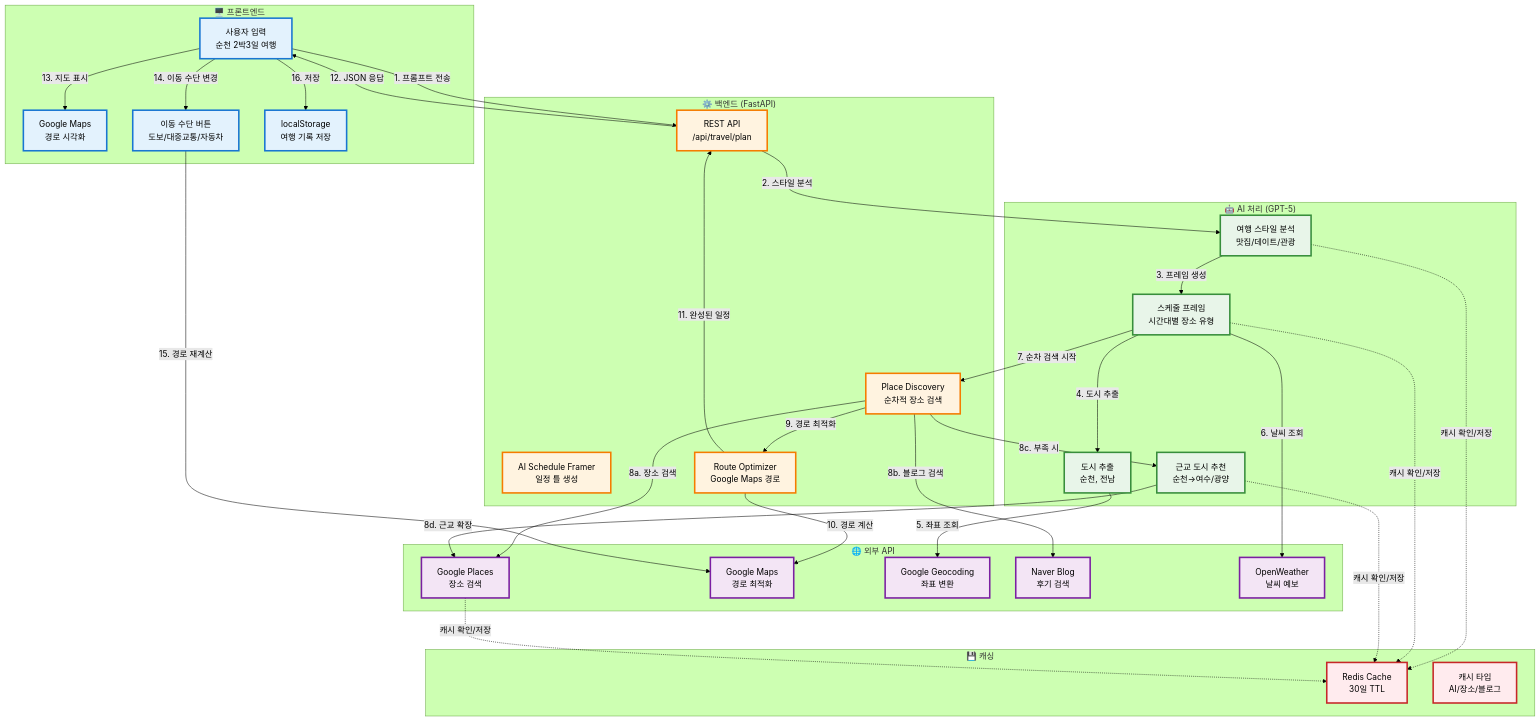
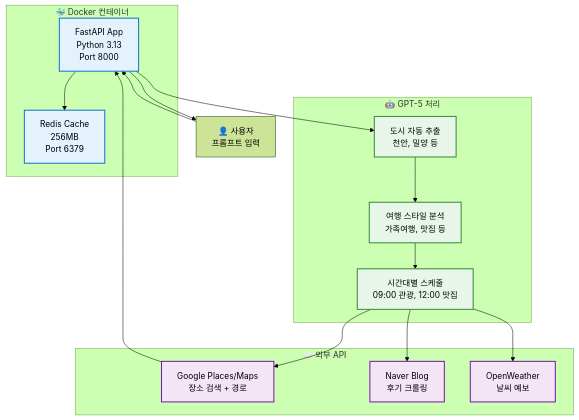
The first of 2 diagrams in README.MD (BaekKyunShin/travel-recommend-korea), drawn with Mermaid (forest theme) before and after one commit. The commit also changed other lines of this file, not shown here.

````diff
--- a/README.MD
+++ b/README.MD
@@ -33,76 +70,38 @@
 ```mermaid
 graph TB
-    subgraph Frontend["🖥️ 프론트엔드"]
-        UI[사용자 입력<br/>순천 2박3일 여행]
-        MAP[Google Maps<br/>경로 시각화]
-        BTN[이동 수단 버튼<br/>도보/대중교통/자동차]
-        HIST[localStorage<br/>여행 기록 저장]
+    subgraph Docker["🐳 Docker 컨테이너"]
+        APP[FastAPI App<br/>Python 3.13<br/>Port 8000]
+        REDIS[Redis Cache<br/>256MB<br/>Port 6379]
     end
     
-    subgraph Backend["⚙️ 백엔드 (FastAPI)"]
-        API[REST API<br/>/api/travel/plan]
-        FRAMER[AI Schedule Framer<br/>일정 틀 생성]
-        DISCOVERY[Place Discovery<br/>순차적 장소 검색]
-        ROUTE[Route Optimizer<br/>Google Maps 경로]
+    subgraph AI["🤖 GPT-5 처리"]
+        CITY[도시 자동 추출<br/>천안, 밀양 등]
+        STYLE[여행 스타일 분석<br/>가족여행, 맛집 등]
+        FRAME[시간대별 스케줄<br/>09:00 관광, 12:00 맛집]
     end
     
-    subgraph AI["🤖 AI 처리 (GPT-5)"]
-        STYLE[여행 스타일 분석<br/>맛집/데이트/관광]
-        FRAME[스케줄 프레임<br/>시간대별 장소 유형]
-        NEARBY[근교 도시 추천<br/>순천→여수/광양]
-        CITY[도시 추출<br/>순천, 전남]
-    end
-    
-    subgraph External["🌐 외부 API"]
-        GOOGLE_PLACES[Google Places<br/>장소 검색]
-        GOOGLE_MAPS[Google Maps<br/>경로 최적화]
-        GOOGLE_GEO[Google Geocoding<br/>좌표 변환]
-        NAVER_BLOG[Naver Blog<br/>후기 검색]
+    subgraph External["☁️ 외부 API"]
+        GOOGLE[Google Places/Maps<br/>장소 검색 + 경로]
+        NAVER[Naver Blog<br/>후기 크롤링]
         WEATHER[OpenWeather<br/>날씨 예보]
     end
     
-    subgraph Cache["💾 캐싱"]
-        REDIS[Redis Cache<br/>30일 TTL]
-        TYPES[캐시 타입<br/>AI/장소/블로그]
-    end
+    USER[👤 사용자<br/>프롬프트 입력] --> APP
+    APP --> CITY
+    CITY --> STYLE
+    STYLE --> FRAME
+    FRAME --> GOOGLE
+    FRAME --> NAVER
+    FRAME --> WEATHER
+    APP --> REDIS
+    GOOGLE --> APP
+    APP --> USER
     
-    UI -->|1. 프롬프트 전송| API
-    API -->|2. 스타일 분석| STYLE
-    STYLE -->|3. 프레임 생성| FRAME
-    FRAME -->|4. 도시 추출| CITY
-    CITY -->|5. 좌표 조회| GOOGLE_GEO
-    FRAME -->|6. 날씨 조회| WEATHER
-    FRAME -->|7. 순차 검색 시작| DISCOVERY
+    classDef dockerStyle fill:#e3f2fd,stroke:#1976d2,stroke-width:2px
+    classDef aiStyle fill:#e8f5e9,stroke:#388e3c,stroke-width:2px
+    classDef extStyle fill:#f3e5f5,stroke:#7b1fa2,stroke-width:2px
     
-    DISCOVERY -->|8a. 장소 검색| GOOGLE_PLACES
-    DISCOVERY -->|8b. 블로그 검색| NAVER_BLOG
-    DISCOVERY -->|8c. 부족 시| NEARBY
-    NEARBY -->|8d. 근교 확장| GOOGLE_PLACES
-    
-    DISCOVERY -->|9. 경로 최적화| ROUTE
-    ROUTE -->|10. 경로 계산| GOOGLE_MAPS
-    ROUTE -->|11. 완성된 일정| API
-    API -->|12. JSON 응답| UI
-    
-    UI -->|13. 지도 표시| MAP
-    UI -->|14. 이동 수단 변경| BTN
-    BTN -->|15. 경로 재계산| GOOGLE_MAPS
-    UI -->|16. 저장| HIST
-    
-    STYLE -.->|캐시 확인/저장| REDIS
-    FRAME -.->|캐시 확인/저장| REDIS
-    NEARBY -.->|캐시 확인/저장| REDIS
-    GOOGLE_PLACES -.->|캐시 확인/저장| REDIS
-    
-    classDef frontStyle fill:#e3f2fd,stroke:#1976d2,stroke-width:3px
-    classDef backStyle fill:#fff3e0,stroke:#f57c00,stroke-width:3px
-    classDef aiStyle fill:#e8f5e9,stroke:#388e3c,stroke-width:3px
-    classDef extStyle fill:#f3e5f5,stroke:#7b1fa2,stroke-width:3px
-    classDef cacheStyle fill:#ffebee,stroke:#c62828,stroke-width:3px
-    
-    class UI,MAP,BTN,HIST frontStyle
-    class API,FRAMER,DISCOVERY,ROUTE backStyle
-    class STYLE,FRAME,NEARBY,CITY aiStyle
-    class GOOGLE_PLACES,GOOGLE_MAPS,GOOGLE_GEO,NAVER_BLOG,WEATHER extStyle
-    class REDIS,TYPES cacheStyle
+    class APP,REDIS dockerStyle
+    class CITY,STYLE,FRAME aiStyle
+    class GOOGLE,NAVER,WEATHER extStyle
 ```
````
